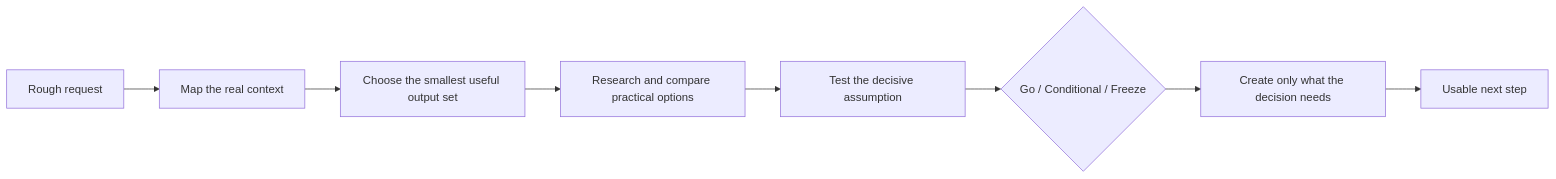
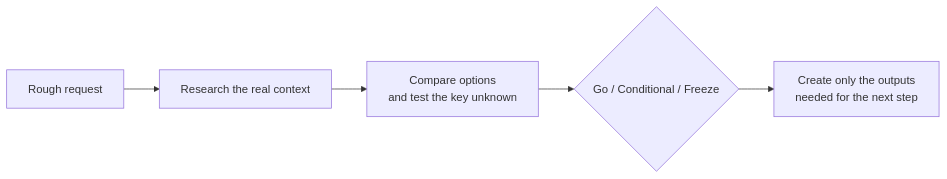
The diagram in README.md (uginy/conceptops), drawn with Mermaid before and after one commit.

Commit message:
docs: simplify readme flow

````diff
--- a/README.md
+++ b/README.md
@@ -72,10 +72,7 @@
 ```mermaid
 flowchart LR
-    A["Rough request"] --> B["Map the real context"]
-    B --> C["Choose the smallest useful output set"]
-    C --> D["Research and compare practical options"]
-    D --> E["Test the decisive assumption"]
-    E --> F{"Go / Conditional / Freeze"}
-    F --> G["Create only what the decision needs"]
-    G --> H["Usable next step"]
+    A["Rough request"] --> B["Research the real context"]
+    B --> C["Compare options<br/>and test the key unknown"]
+    C --> D{"Go / Conditional / Freeze"}
+    D --> E["Create only the outputs<br/>needed for the next step"]
 ```
````
